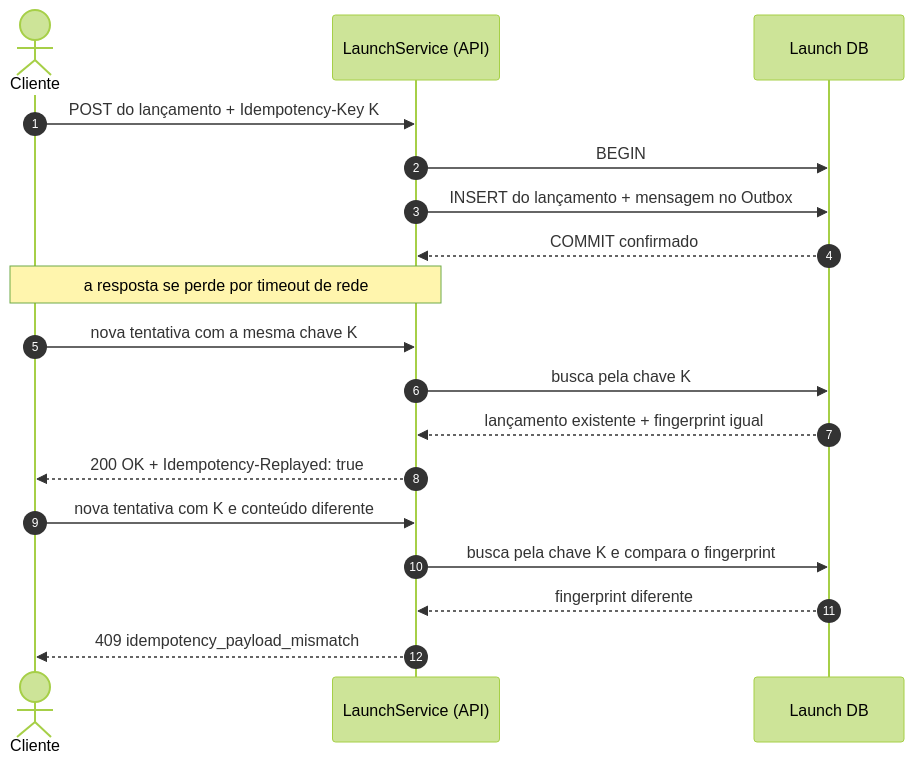
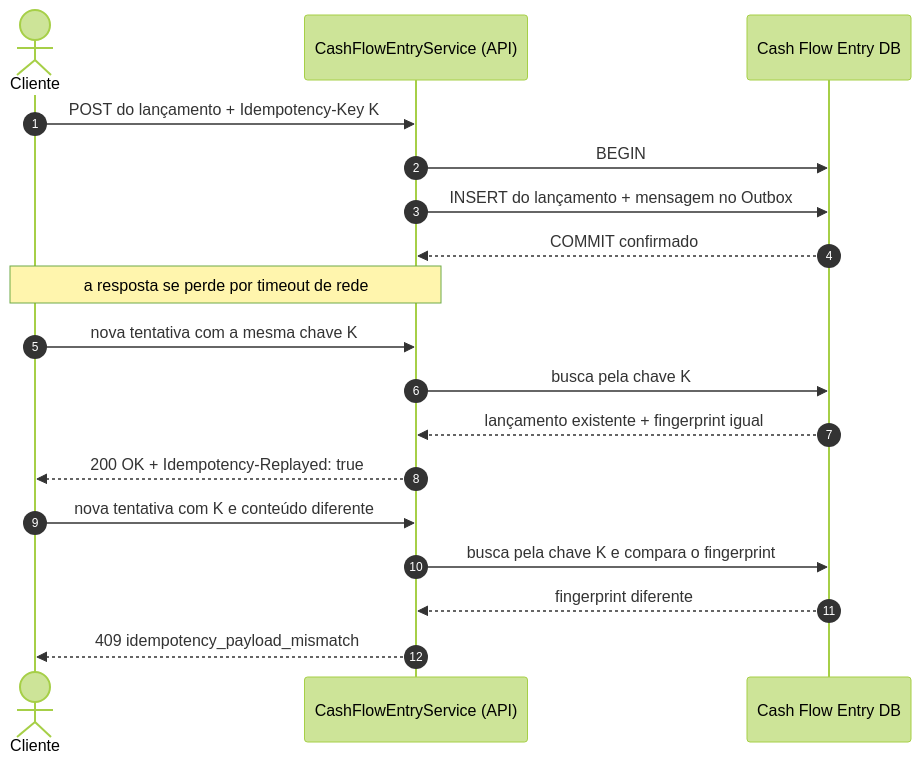
Before and after one commit to willianrattis/cashflow-daily-balance: the diagram in docs/diagrams/06-sequence-timeout-idempotency.md, drawn with Mermaid (forest theme). The commit also changed 36 other files, not shown here.

Commit message:
docs: update cash flow entry terminology and evidence

````diff
--- a/docs/diagrams/06-sequence-timeout-idempotency.md
+++ b/docs/diagrams/06-sequence-timeout-idempotency.md
@@ -8,23 +8,23 @@
 ```mermaid
 sequenceDiagram
     autonumber
     actor Caller as Cliente
-    participant API as LaunchService (API)
-    participant DB as Launch DB
+    participant API as CashFlowEntryService (API)
+    participant DB as Cash Flow Entry DB
 
     Caller->>API: POST do lançamento + Idempotency-Key K
     API->>DB: BEGIN
     API->>DB: INSERT do lançamento + mensagem no Outbox
     DB-->>API: COMMIT confirmado
     Note over API,Caller: a resposta se perde por timeout de rede
 
     Caller->>API: nova tentativa com a mesma chave K
     API->>DB: busca pela chave K
     DB-->>API: lançamento existente + fingerprint igual
     API-->>Caller: 200 OK + Idempotency-Replayed: true
 
     Caller->>API: nova tentativa com K e conteúdo diferente
     API->>DB: busca pela chave K e compara o fingerprint
     DB-->>API: fingerprint diferente
     API-->>Caller: 409 idempotency_payload_mismatch
 ```
````
